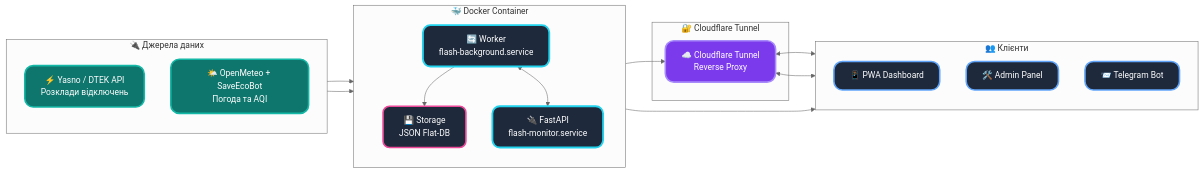
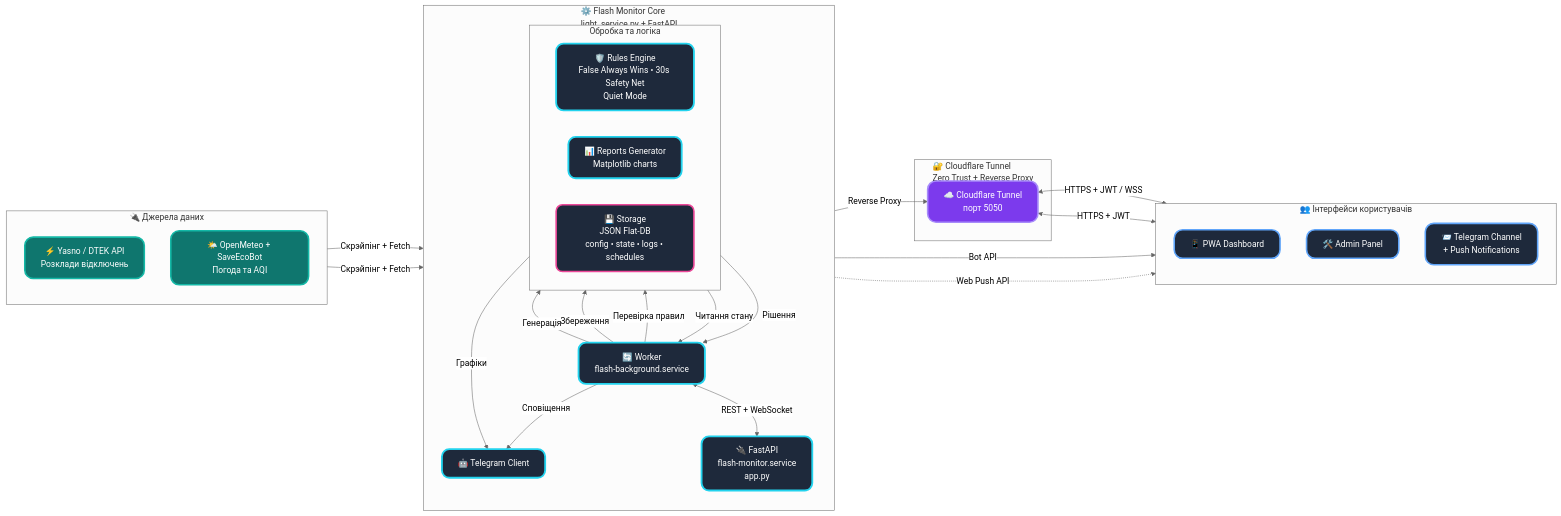
Before and after one commit to weby-homelab/flash-monitor-kyiv: the diagram in README.md, drawn with Mermaid (neutral theme). The commit also changed other lines of this file and 1 other file, not shown here.

Commit message:
docs: exhaustive Docker installation guide and corrected documentation links in main READMEs

````diff
--- a/README.md
+++ b/README.md
@@ -67,39 +67,78 @@
 ```mermaid
 flowchart LR
+    %% ================================================
+    %% НОВА КОНЦЕПЦІЯ 2026 для README.md
+    %% "End-to-End Pipeline" — динамічний потік даних
+    %% Замість шарів — горизонтальний pipeline з чітким напрямком руху
+    %% Ідеально виглядає в GitHub (темна/світла тема), чистий, сучасний, легко читається
+    %% ================================================
+
     classDef external fill:#0f766e,stroke:#14b8a6,stroke-width:3px,color:#fff,rx:16px,ry:16px
     classDef core fill:#1e293b,stroke:#22d3ee,stroke-width:3.5px,color:#fff,rx:14px,ry:14px
     classDef gateway fill:#7c3aed,stroke:#a78bfa,stroke-width:3px,color:#fff,rx:16px,ry:16px
     classDef client fill:#1e293b,stroke:#60a5fa,stroke-width:3px,color:#fff,rx:16px,ry:16px
     classDef db fill:#1e293b,stroke:#ec4899,stroke-width:3px,color:#fff,rx:12px,ry:12px
 
+    %% ====================== ЛІВА ЧАСТИНА: ДЖЕРЕЛА ДАНИХ ======================
     subgraph External ["🔌 Джерела даних"]
         direction TB
         Energy["⚡ Yasno / DTEK API<br>Розклади відключень"]:::external
         Meteo["🌤️ OpenMeteo + SaveEcoBot<br>Погода та AQI"]:::external
     end
 
-    subgraph Docker ["🐳 Docker Container"]
+    %% ====================== ЦЕНТР: CORE PIPELINE ======================
+    subgraph Core ["⚙️ Flash Monitor Core<br>light_service.py + FastAPI"]
         direction TB
+
         Worker["🔄 Worker<br>flash-background.service"]:::core
-        API["🔌 FastAPI<br>flash-monitor.service"]:::core
-        Storage["💾 Storage<br>JSON Flat-DB"]:::db
+
+        subgraph Processing ["Обробка та логіка"]
+            direction LR
+            Rules["🛡️ Rules Engine<br>False Always Wins • 30s Safety Net<br>Quiet Mode"]:::core
+            Reports["📊 Reports Generator<br>Matplotlib charts"]:::core
+            Storage["💾 Storage<br>JSON Flat-DB<br>config • state • logs • schedules"]:::db
+        end
+
+        API["🔌 FastAPI<br>flash-monitor.service<br>app.py"]:::core
+        TgClient["🤖 Telegram Client"]:::core
     end
 
-    subgraph Gateway ["🔐 Cloudflare Tunnel"]
-        CF["☁️ Cloudflare Tunnel<br>Reverse Proxy"]:::gateway
+    %% ====================== ШЛЮЗ ======================
+    subgraph Gateway ["🔐 Cloudflare Tunnel<br>Zero Trust + Reverse Proxy"]
+        CF["☁️ Cloudflare Tunnel<br>порт 5050"]:::gateway
     end
 
-    subgraph Clients ["👥 Клієнти"]
+    %% ====================== ПРАВА ЧАСТИНА: КЛІЄНТИ ======================
+    subgraph Clients ["👥 Інтерфейси користувачів"]
         direction TB
         PWA["📱 PWA Dashboard"]:::client
         Admin["🛠️ Admin Panel"]:::client
-        Telegram["📨 Telegram Bot"]:::client
+        Telegram["📨 Telegram Channel<br>+ Push Notifications"]:::client
     end
 
-    Energy & Meteo --> Worker
-    Worker --> Storage
-    Worker <--> API
-    API --> CF
-    CF <--> PWA & Admin
-    Worker --> Telegram
+    %% ====================== ПОТІК ДАНИХ (головна магістраль) ======================
+    Energy & Meteo -->|Скрэйпінг + Fetch| Worker
+
+    Worker -->|Перевірка правил| Rules
+    Rules -->|Рішення| Worker
+
+    Worker -->|Збереження| Storage
+    Storage -->|Читання стану| Worker
+
+    Worker -->|Генерація| Reports
+    Worker -->|Сповіщення| TgClient
+    Reports -->|Графіки| TgClient
+
+    Worker <-->|REST + WebSocket| API
+
+    API -->|Reverse Proxy| CF
+    CF <-->|HTTPS + JWT / WSS| PWA
+    CF <-->|HTTPS + JWT| Admin
+    TgClient -->|Bot API| Telegram
+
+    %% Додаткові push-сповіщення
+    API -.->|Web Push API| PWA
+
+    %% ====================== Стиль для заголовків підграфів ======================
+    classDef subgraphTitle fill:#0f172a,stroke:none,color:#64748b,font-size:15px
 ```
````
